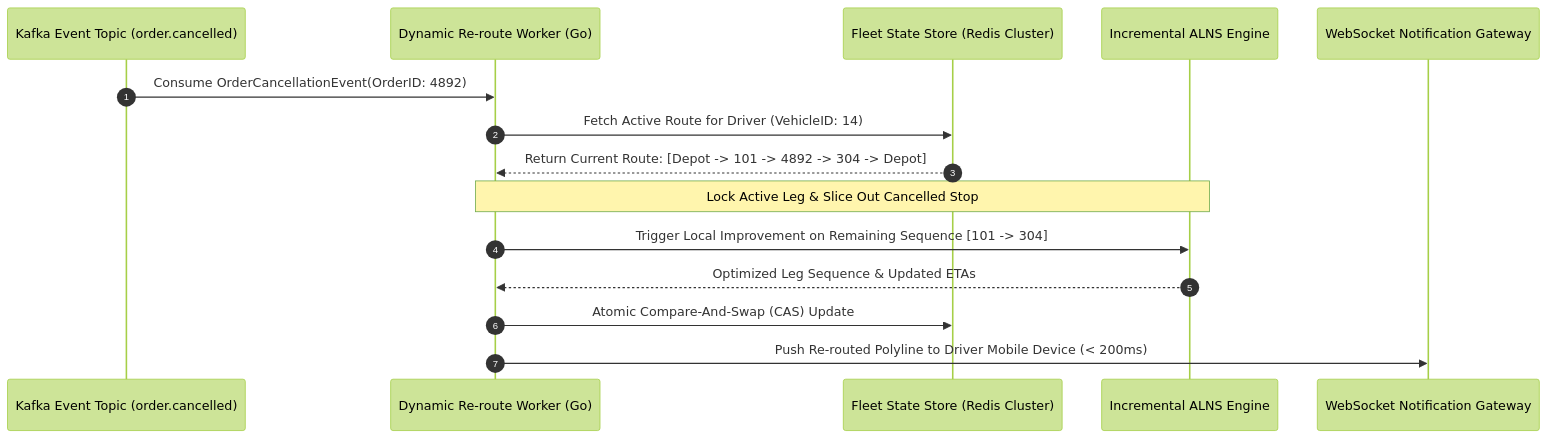
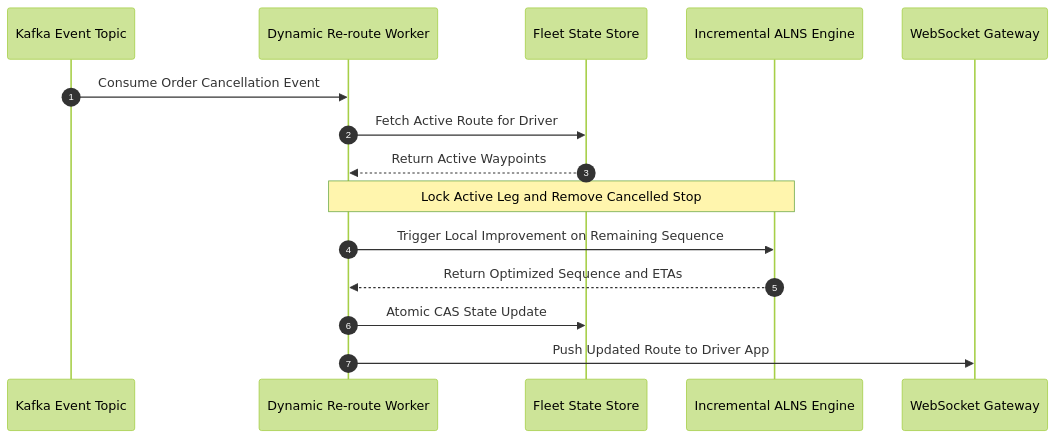
Before and after one commit to vesviet/vesviet: the fifth of 6 diagrams in content/posts/cvrp-vrptw-alns-fleet-optimization-golang-architecture.md, drawn with Mermaid (forest theme). The commit also changed other lines of this file, not shown here.

First line of the commit message:
fix(diagrams): sanitize mermaid diagrams for version 10.9.3 compatibility

````diff
--- a/content/posts/cvrp-vrptw-alns-fleet-optimization-golang-architecture.md
+++ b/content/posts/cvrp-vrptw-alns-fleet-optimization-golang-architecture.md
@@ -495,18 +495,18 @@
 ```mermaid
 sequenceDiagram
     autonumber
-    participant Kafka as Kafka Event Topic (order.cancelled)
-    participant Worker as Dynamic Re-route Worker (Go)
-    participant State as Fleet State Store (Redis Cluster)
+    participant Kafka as Kafka Event Topic
+    participant Worker as Dynamic Re-route Worker
+    participant State as Fleet State Store
     participant Solver as Incremental ALNS Engine
-    participant Push as WebSocket Notification Gateway
+    participant Push as WebSocket Gateway
 
-    Kafka->>Worker: Consume OrderCancellationEvent(OrderID: 4892)
-    Worker->>State: Fetch Active Route for Driver (VehicleID: 14)
-    State-->>Worker: Return Current Route: [Depot -> 101 -> 4892 -> 304 -> Depot]
-    Note over Worker,Solver: Lock Active Leg & Slice Out Cancelled Stop
-    Worker->>Solver: Trigger Local Improvement on Remaining Sequence [101 -> 304]
-    Solver-->>Worker: Optimized Leg Sequence & Updated ETAs
-    Worker->>State: Atomic Compare-And-Swap (CAS) Update
-    Worker->>Push: Push Re-routed Polyline to Driver Mobile Device (< 200ms)
+    Kafka->>Worker: Consume Order Cancellation Event
+    Worker->>State: Fetch Active Route for Driver
+    State-->>Worker: Return Active Waypoints
+    Note over Worker,Solver: Lock Active Leg and Remove Cancelled Stop
+    Worker->>Solver: Trigger Local Improvement on Remaining Sequence
+    Solver-->>Worker: Return Optimized Sequence and ETAs
+    Worker->>State: Atomic CAS State Update
+    Worker->>Push: Push Updated Route to Driver App
 ```
````
